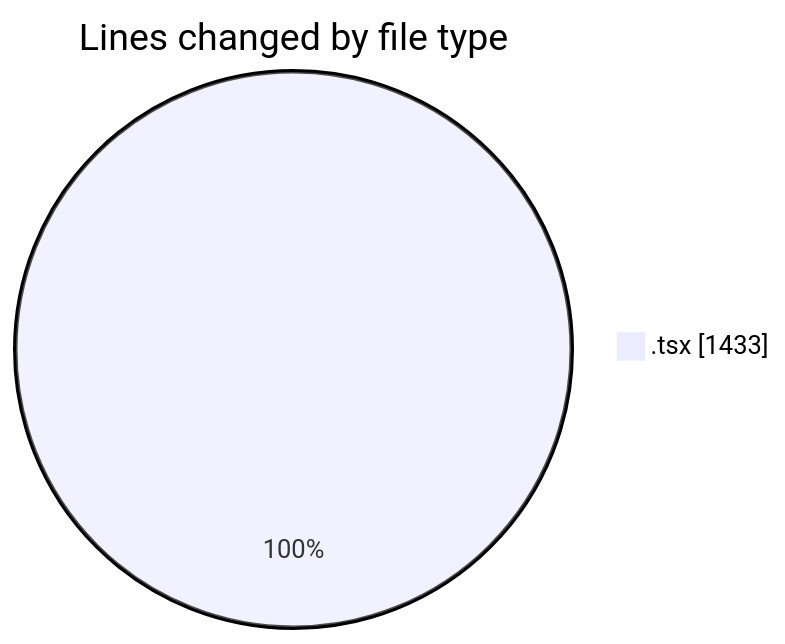
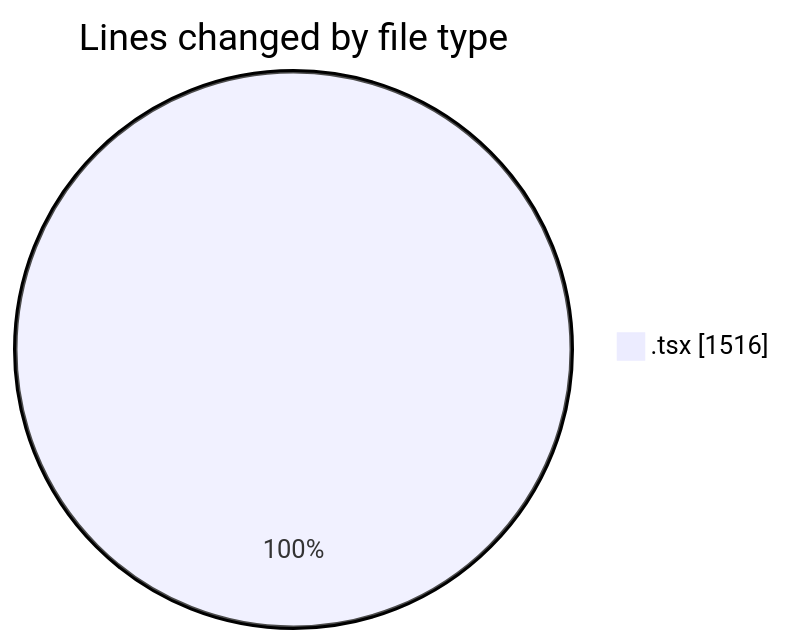
One commit to nxtqubesakshisongat/code-tracking changed the first of 2 diagrams in 2026-02-02/nxtqube_webapp/README.md. Above: the diagram before and after it, drawn with Mermaid. The commit also changed other lines of this file and 1 other file, not shown here.

````diff
--- a/2026-02-02/nxtqube_webapp/README.md
+++ b/2026-02-02/nxtqube_webapp/README.md
@@ -23,5 +23,5 @@
 ```mermaid
 pie showData
 title Lines changed by file type
-".tsx" : 1433
+".tsx" : 1516
 ```
````
